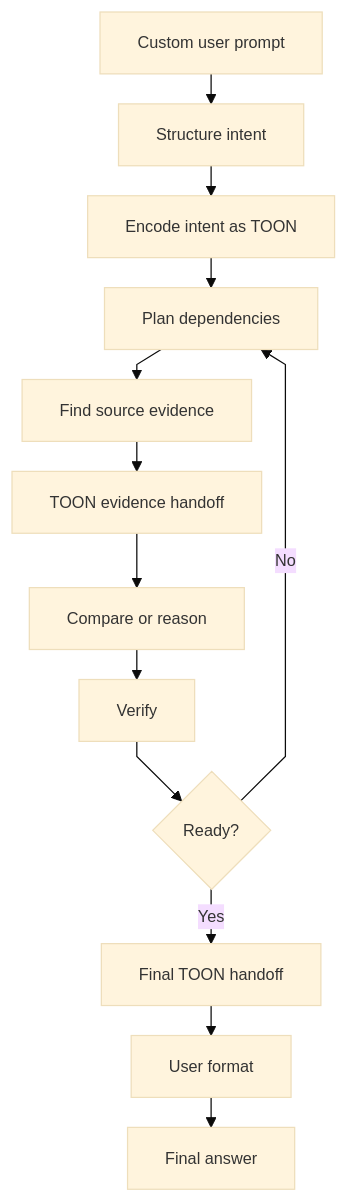
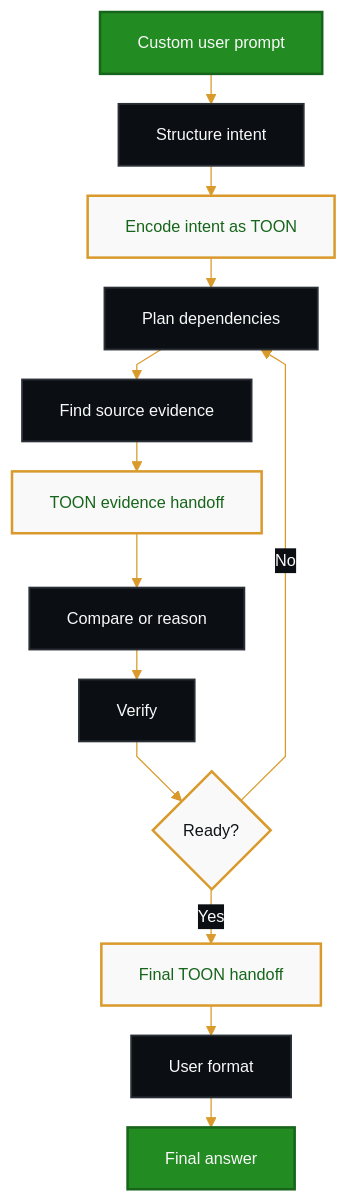
One commit to Hassaan146/agentic-ai-workflow changed the tenth of 10 diagrams in docs/diagrams.md. Above: the diagram before and after it, drawn with Mermaid. The commit also changed other lines of this file, not shown here.

Commit message:
Apply dark luxury Mermaid theme

````diff
--- a/docs/diagrams.md
+++ b/docs/diagrams.md
@@ -227,16 +299,25 @@
 ```mermaid
-%%{init: {'theme': 'base', 'flowchart': {'nodeSpacing': 18, 'rankSpacing': 24, 'curve': 'linear'}, 'themeVariables': {'fontSize': '13px'}}}%%
+%%{init: {'theme': 'base', 'flowchart': {'nodeSpacing': 18, 'rankSpacing': 24, 'curve': 'linear'}, 'themeVariables': {'fontSize': '13px', 'primaryColor': '#228B22', 'primaryTextColor': '#F9F9F9', 'primaryBorderColor': '#16651A', 'lineColor': '#D99A2B', 'secondaryColor': '#F9F9F9', 'secondaryTextColor': '#101418', 'secondaryBorderColor': '#D99A2B', 'tertiaryColor': '#0B0F14', 'tertiaryTextColor': '#F9F9F9', 'tertiaryBorderColor': '#2A2F36', 'background': '#070B10', 'mainBkg': '#228B22', 'secondBkg': '#F9F9F9', 'textColor': '#F9F9F9', 'edgeLabelBackground': '#0B0F14'}}}%%
 flowchart TD
     A["Custom user prompt"] --> B["Structure intent"]
     B --> C["Encode intent as TOON"]
     C --> D["Plan dependencies"]
     D --> E["Find source evidence"]
     E --> F["TOON evidence handoff"]
     F --> G["Compare or reason"]
     G --> H["Verify"]
     H --> I{"Ready?"}
     I -->|No| D
     I -->|Yes| J["Final TOON handoff"]
     J --> K["User format"]
     K --> L["Final answer"]
+
+    classDef primary fill:#228B22,stroke:#16651A,color:#F9F9F9,stroke-width:2px;
+    classDef dark fill:#0B0F14,stroke:#2A2F36,color:#F9F9F9,stroke-width:1.5px;
+    classDef toon fill:#F9F9F9,stroke:#D99A2B,color:#16651A,stroke-width:2px;
+    classDef decision fill:#F9F9F9,stroke:#D99A2B,color:#101418,stroke-width:2px;
+    class A,L primary;
+    class B,D,E,G,H,K dark;
+    class C,F,J toon;
+    class I decision;
 ```
````
